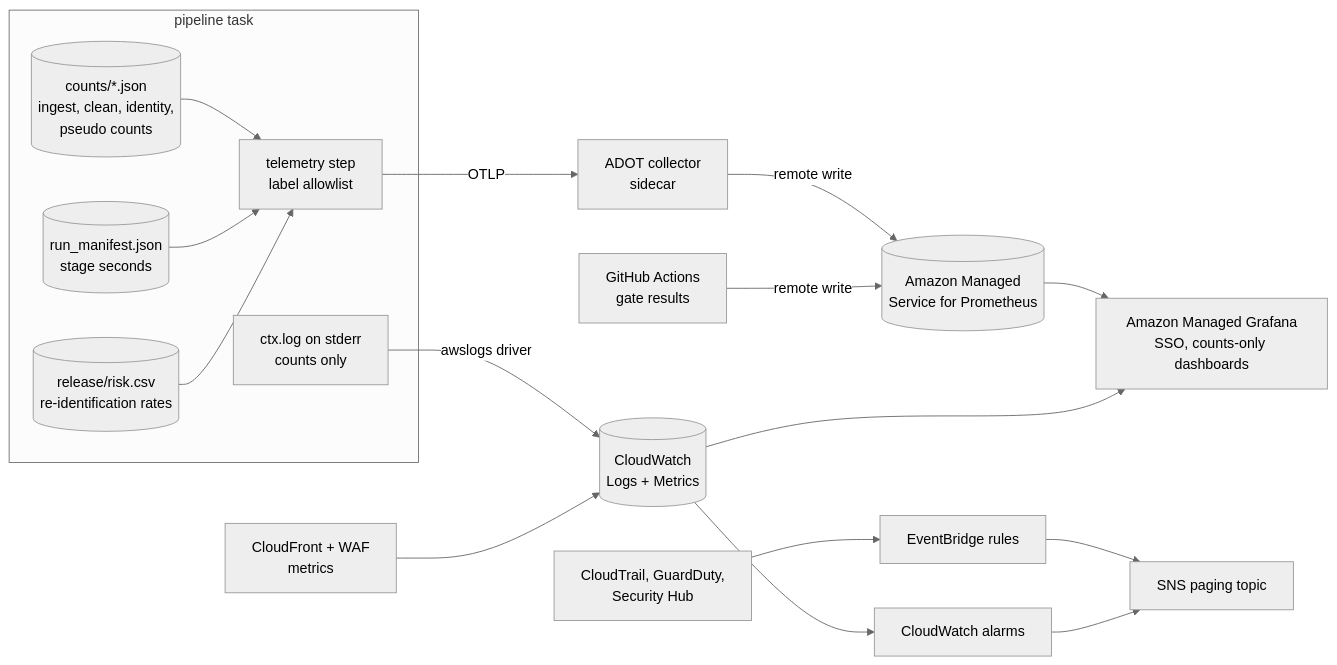
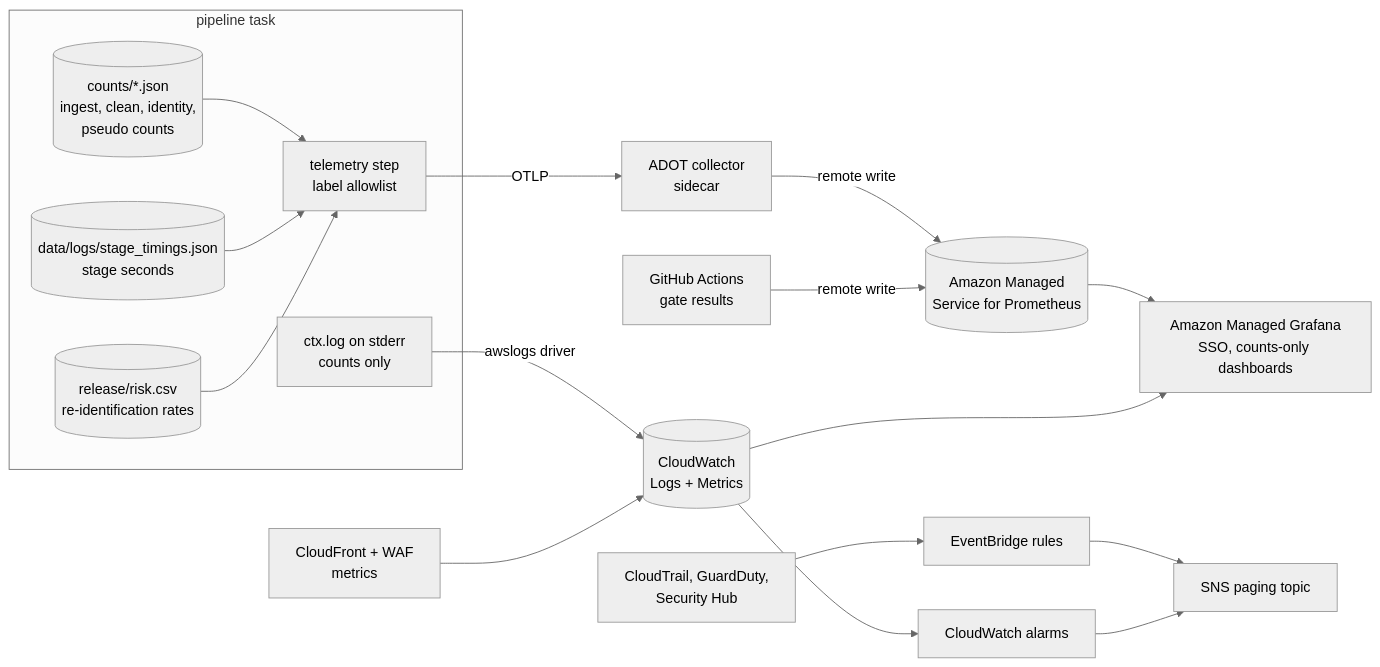
One commit to marcusvieira88/network-science changed the fourth of 4 diagrams in docs/deployment-aws.md. Above: the diagram before and after it, drawn with Mermaid (neutral theme). The commit also changed other lines of this file and 11 other files, not shown here.

Commit message:
Run manifest: stage durations move to the git-ignored logs zone; committed manifest is identical across identical runs

````diff
--- a/docs/deployment-aws.md
+++ b/docs/deployment-aws.md
@@ -405,31 +405,31 @@
 ```mermaid
 flowchart LR
     subgraph RUN["pipeline task"]
         CNT[("counts/*.json<br/>ingest, clean, identity,<br/>pseudo counts")]
-        MAN[("run_manifest.json<br/>stage seconds")]
+        MAN[("data/logs/stage_timings.json<br/>stage seconds")]
         RISK[("release/risk.csv<br/>re-identification rates")]
         EXP["telemetry step<br/>label allowlist"]
         LOG["ctx.log on stderr<br/>counts only"]
     end
     ADOT["ADOT collector<br/>sidecar"]
     AMP[("Amazon Managed<br/>Service for Prometheus")]
     CW[("CloudWatch<br/>Logs + Metrics")]
     CI["GitHub Actions<br/>gate results"]
     EDGE["CloudFront + WAF<br/>metrics"]
     SEC["CloudTrail, GuardDuty,<br/>Security Hub"]
     EB["EventBridge rules"]
     AL["CloudWatch alarms"]
     SNS["SNS paging topic"]
     GRAF["Amazon Managed Grafana<br/>SSO, counts-only dashboards"]
     CNT & MAN & RISK --> EXP
     EXP -->|OTLP| ADOT
     ADOT -->|remote write| AMP
     LOG -->|awslogs driver| CW
     CI -->|remote write| AMP
     EDGE --> CW
     SEC --> EB
     EB --> SNS
     CW --> AL --> SNS
     AMP --> GRAF
     CW --> GRAF
 ```
````
